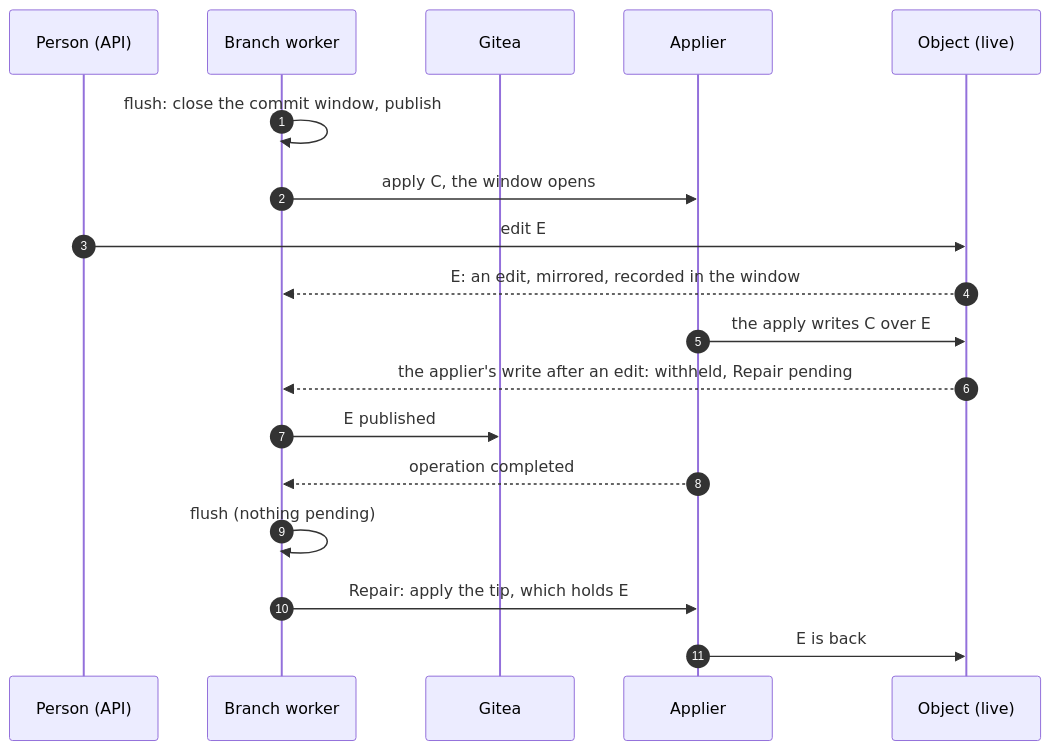
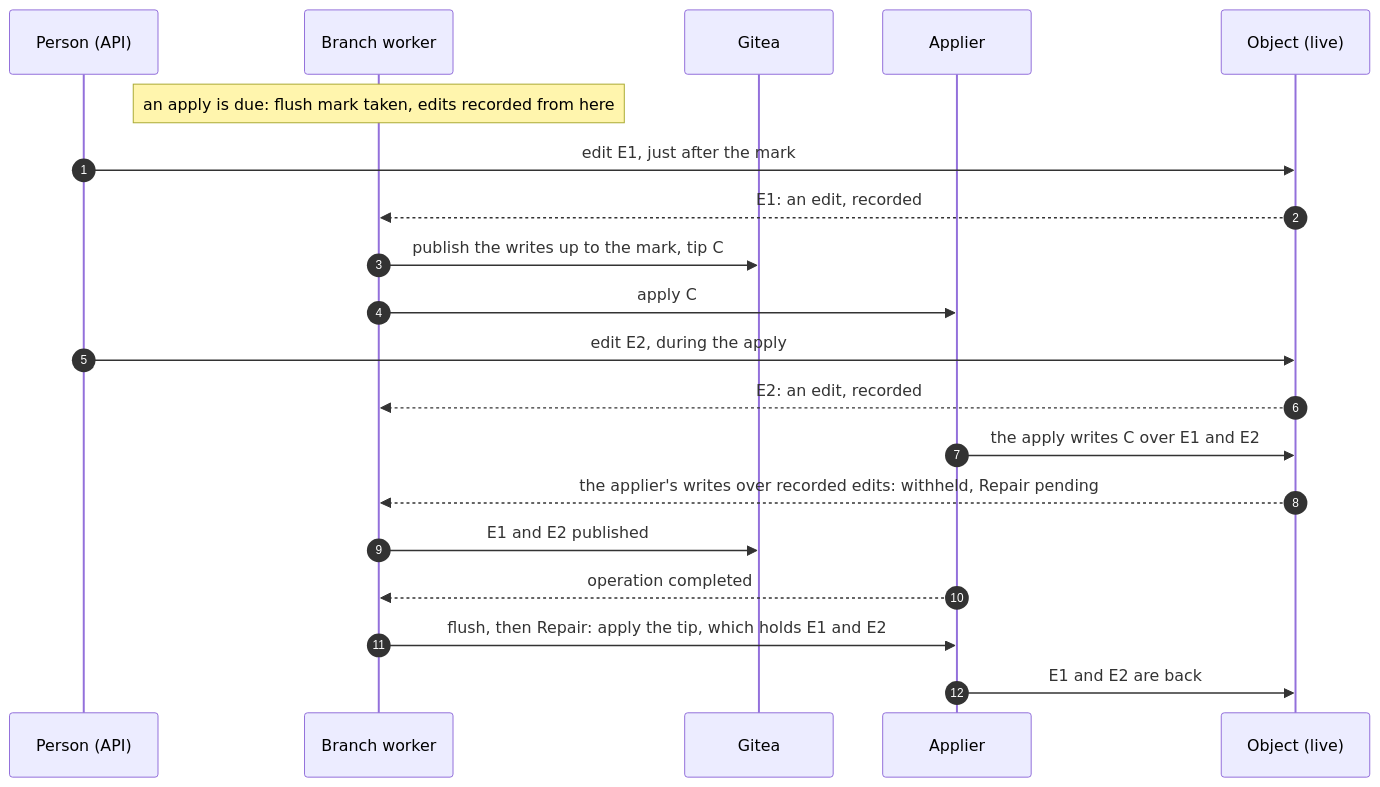
One commit to ConfigButler/gitops-reverser changed the fourth of 6 diagrams in docs/design/applier-echoes.md. Above: the diagram before and after it, drawn with Mermaid. The commit also changed other lines of this file and 1 other file, not shown here.

First line of the commit message:
docs(design): close the gaps in the applier-echoes plan, and list its e2e scenarios

````diff
--- a/docs/design/applier-echoes.md
+++ b/docs/design/applier-echoes.md
@@ -266,21 +252,23 @@
 ```mermaid
 sequenceDiagram
     autonumber
     participant U as Person (API)
     participant W as Branch worker
     participant G as Gitea
     participant F as Applier
     participant K as Object (live)
 
-    W->>W: flush: close the commit window, publish
-    W->>F: apply C, the window opens
-    U->>K: edit E
-    K-->>W: E: an edit, mirrored, recorded in the window
-    F->>K: the apply writes C over E
-    K-->>W: the applier's write after an edit: withheld, Repair pending
-    W->>G: E published
+    Note over W: an apply is due: flush mark taken, edits recorded from here
+    U->>K: edit E1, just after the mark
+    K-->>W: E1: an edit, recorded
+    W->>G: publish the writes up to the mark, tip C
+    W->>F: apply C
+    U->>K: edit E2, during the apply
+    K-->>W: E2: an edit, recorded
+    F->>K: the apply writes C over E1 and E2
+    K-->>W: the applier's writes over recorded edits: withheld, Repair pending
+    W->>G: E1 and E2 published
     F-->>W: operation completed
-    W->>W: flush (nothing pending)
-    W->>F: Repair: apply the tip, which holds E
-    F->>K: E is back
+    W->>F: flush, then Repair: apply the tip, which holds E1 and E2
+    F->>K: E1 and E2 are back
 ```
````
